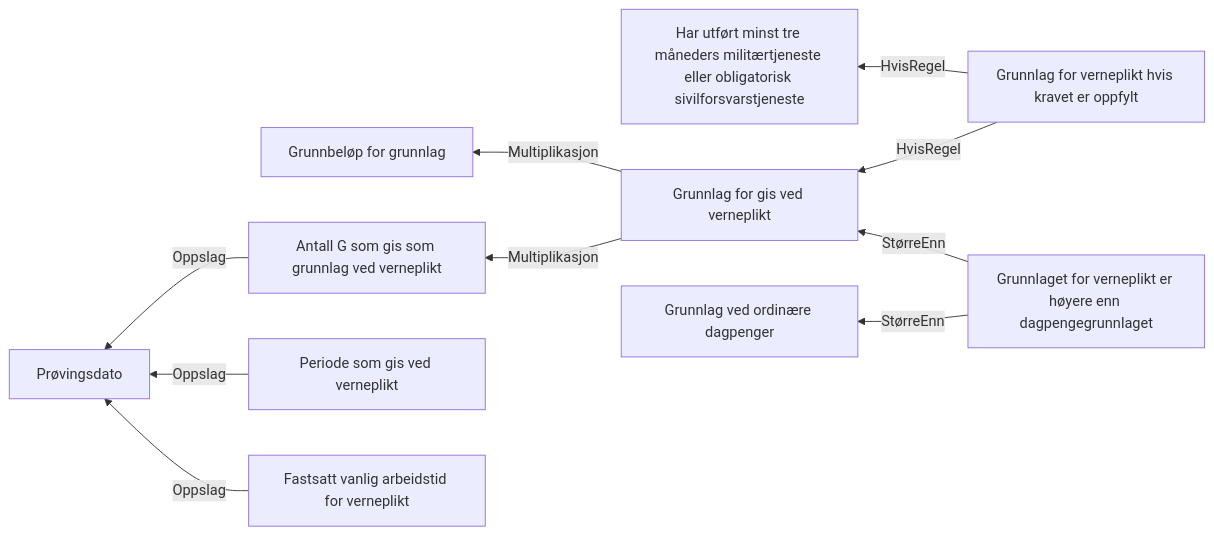
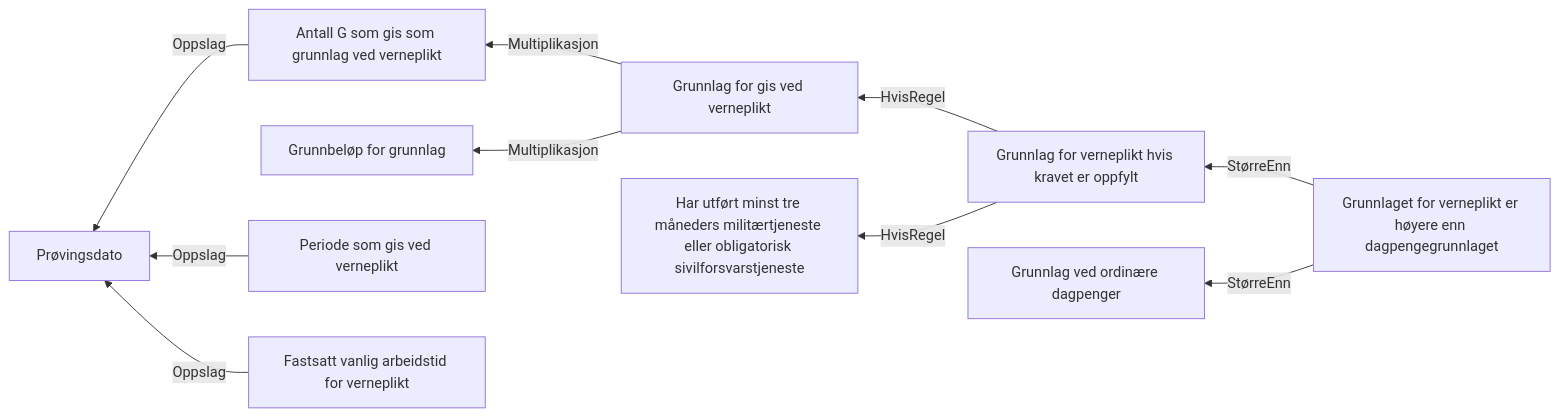
The diagram in docs/regler/§ 4-19 Verneplikt (fastsetting).approved.md (navikt/dp-vedtak), drawn with Mermaid before and after one commit. The commit also changed other lines of this file and 19 other files, not shown here.

````diff
--- a/docs/regler/§ 4-19 Verneplikt (fastsetting).approved.md
+++ b/docs/regler/§ 4-19 Verneplikt (fastsetting).approved.md
@@ -5,12 +5,12 @@
 ```mermaid
 graph RL
   A["Antall G som gis som grunnlag ved verneplikt"] -->|"Oppslag"| B["Prøvingsdato"]
   C["Grunnlag for gis ved verneplikt"] -->|"Multiplikasjon"| D["Grunnbeløp for grunnlag"]
   C["Grunnlag for gis ved verneplikt"] -->|"Multiplikasjon"| A["Antall G som gis som grunnlag ved verneplikt"]
   E["Periode som gis ved verneplikt"] -->|"Oppslag"| B["Prøvingsdato"]
   F["Fastsatt vanlig arbeidstid for verneplikt"] -->|"Oppslag"| B["Prøvingsdato"]
   G["Grunnlag for verneplikt hvis kravet er oppfylt"] -->|"HvisRegel"| H["Har utført minst tre måneders militærtjeneste eller obligatorisk sivilforsvarstjeneste"]
   G["Grunnlag for verneplikt hvis kravet er oppfylt"] -->|"HvisRegel"| C["Grunnlag for gis ved verneplikt"]
-  I["Grunnlaget for verneplikt er høyere enn dagpengegrunnlaget"] -->|"StørreEnn"| C["Grunnlag for gis ved verneplikt"]
+  I["Grunnlaget for verneplikt er høyere enn dagpengegrunnlaget"] -->|"StørreEnn"| G["Grunnlag for verneplikt hvis kravet er oppfylt"]
   I["Grunnlaget for verneplikt er høyere enn dagpengegrunnlaget"] -->|"StørreEnn"| J["Grunnlag ved ordinære dagpenger"]
 ```
````
